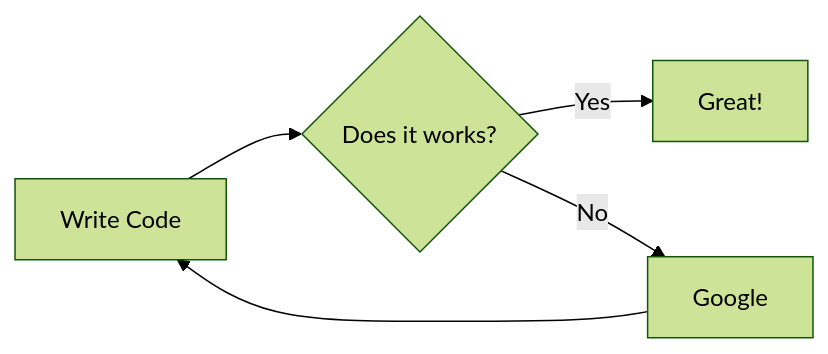
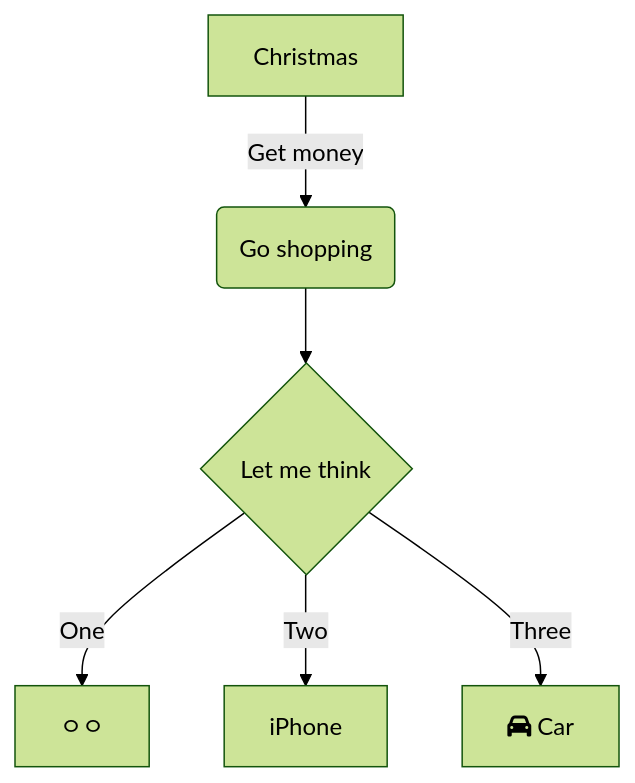
Before and after one commit to dailyzett/sample-code: the diagram in TobiSpring/다이내믹프록시와팩토리빈.md, drawn with Mermaid (forest theme). The commit also changed other lines of this file, not shown here.

Commit message:
[TIL] 2022-04-21

````diff
--- a/TobiSpring/다이내믹프록시와팩토리빈.md
+++ b/TobiSpring/다이내믹프록시와팩토리빈.md
@@ -15,9 +22,8 @@
 ```mermaid
-
-graph LR
-    A[Write Code] --> B{Does it works?}
-    B -- Yes --> C[Great!]
-    B -- No --> D[Google]
-    D --> A
-
+graph TD
+    A[Christmas] -->|Get money| B(Go shopping)
+    B --> C{Let me think}
+    C -->|One| D[ㅇㅇ]
+    C -->|Two| E[iPhone]
+    C -->|Three| F[fa:fa-car Car]
 ```
````
